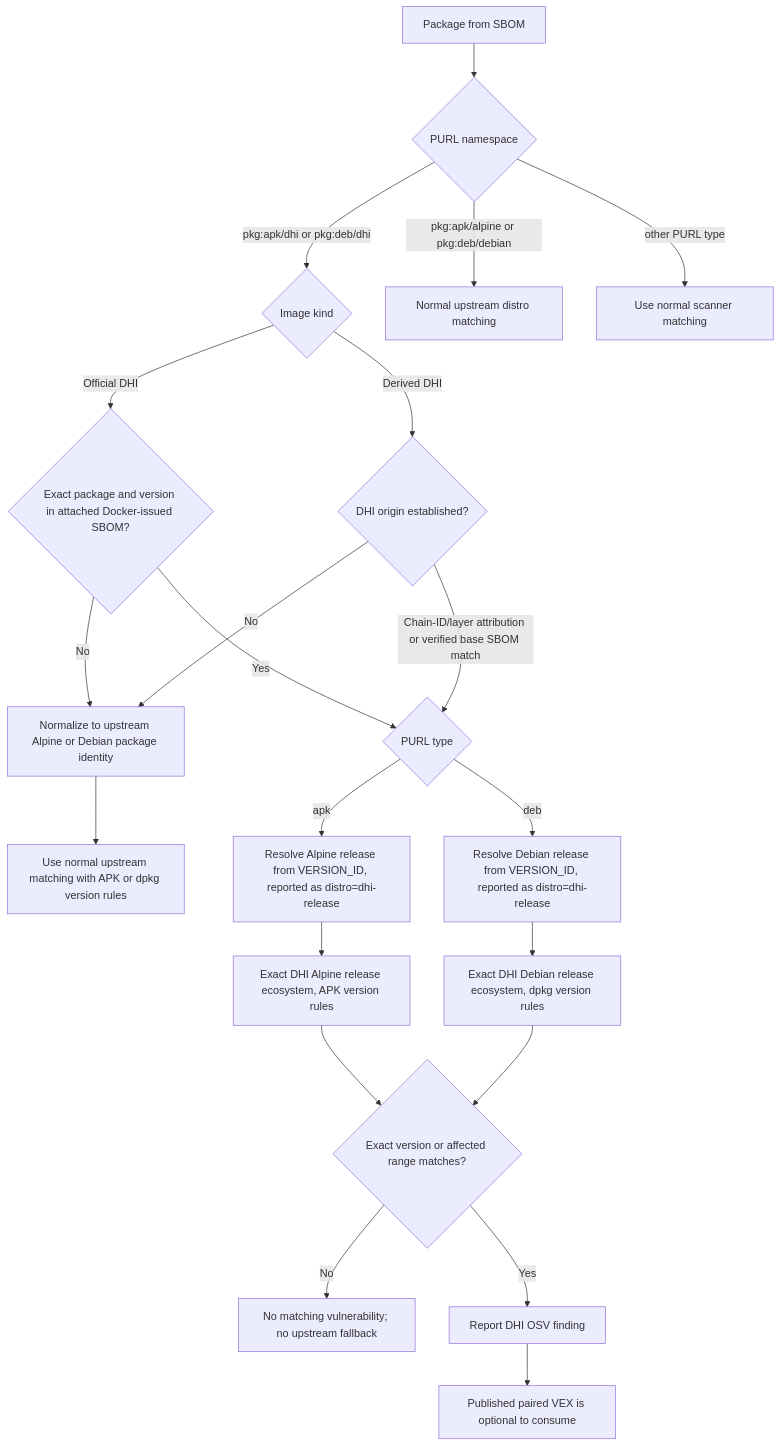
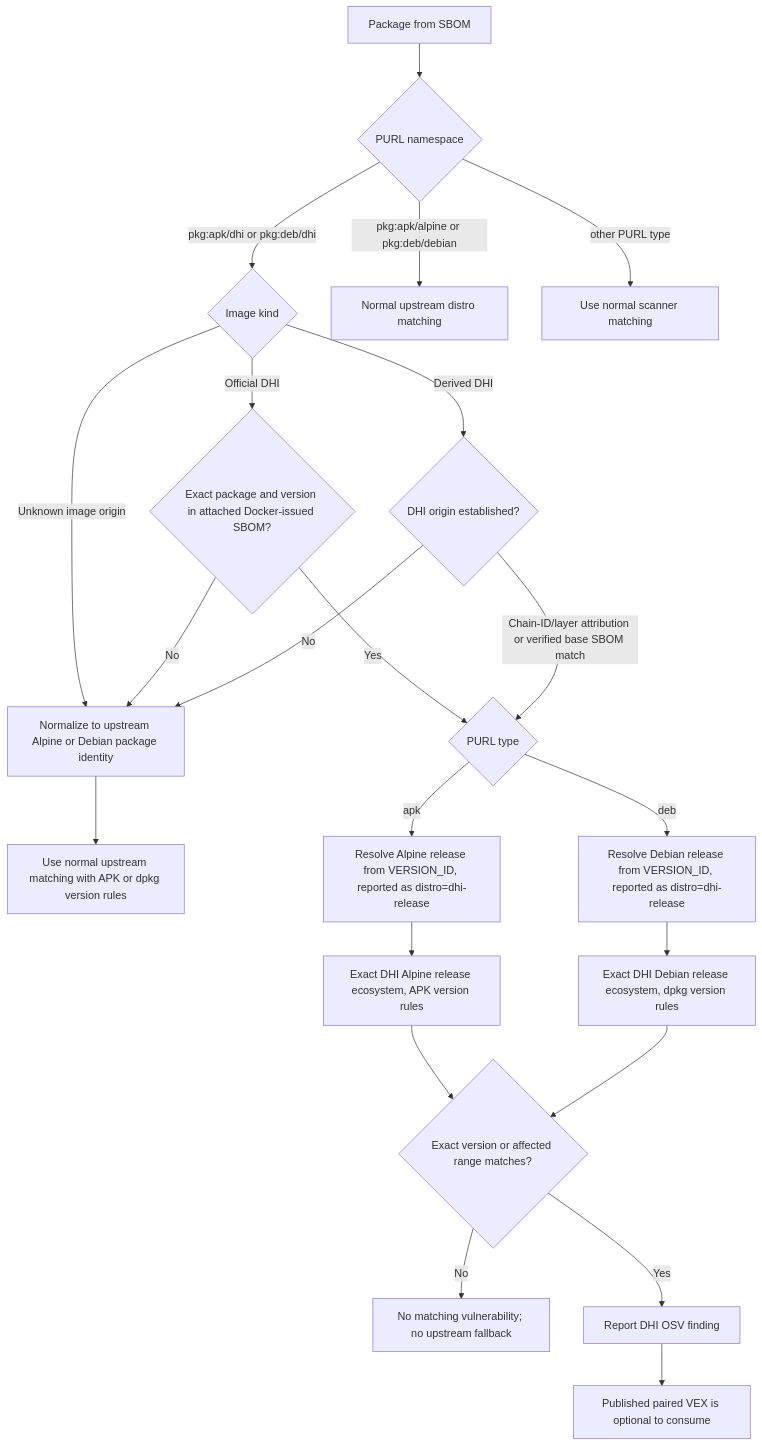
Before and after one commit to docker-hardened-images/advisories: the second of 4 diagrams in integration/upcoming-id-dhi/docs/decision-trees.md, drawn with Mermaid. The commit also changed other lines of this file and 2 other files, not shown here.

````diff
--- a/integration/upcoming-id-dhi/docs/decision-trees.md
+++ b/integration/upcoming-id-dhi/docs/decision-trees.md
@@ -18,23 +18,24 @@
 ```mermaid
 flowchart TD
   A[Package from SBOM] --> B{PURL namespace}
   B -->|pkg:apk/dhi or pkg:deb/dhi| C{Image kind}
   B -->|pkg:apk/alpine or pkg:deb/debian| E[Normal upstream distro matching]
   B -->|other PURL type| F[Use normal scanner matching]
   C -->|Official DHI| M{Exact package and version in attached Docker-issued SBOM?}
   C -->|Derived DHI| N{DHI origin established?}
+  C -->|Unknown image origin| J
   M -->|No| J[Normalize to upstream Alpine or Debian package identity]
   M -->|Yes| D{PURL type}
   N -->|No| J
   N -->|Chain-ID/layer attribution or verified base SBOM match| D
   J --> R[Use normal upstream matching with APK or dpkg version rules]
   D -->|apk| K[Resolve Alpine release from VERSION_ID, reported as distro=dhi-release]
   D -->|deb| L[Resolve Debian release from VERSION_ID, reported as distro=dhi-release]
   K --> G[Exact DHI Alpine release ecosystem, APK version rules]
   L --> H[Exact DHI Debian release ecosystem, dpkg version rules]
   G --> O{Exact version or affected range matches?}
   H --> O
   O -->|No| P[No matching vulnerability; no upstream fallback]
   O -->|Yes| I[Report DHI OSV finding]
   I --> Q[Published paired VEX is optional to consume]
 ```
````
